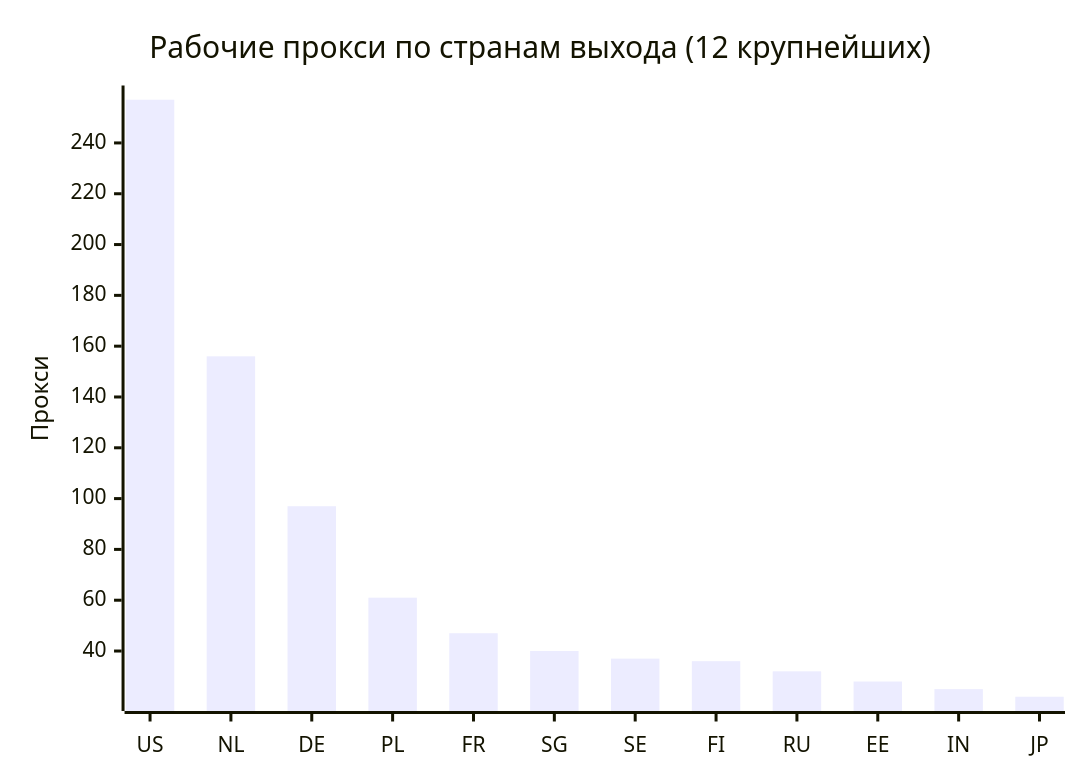
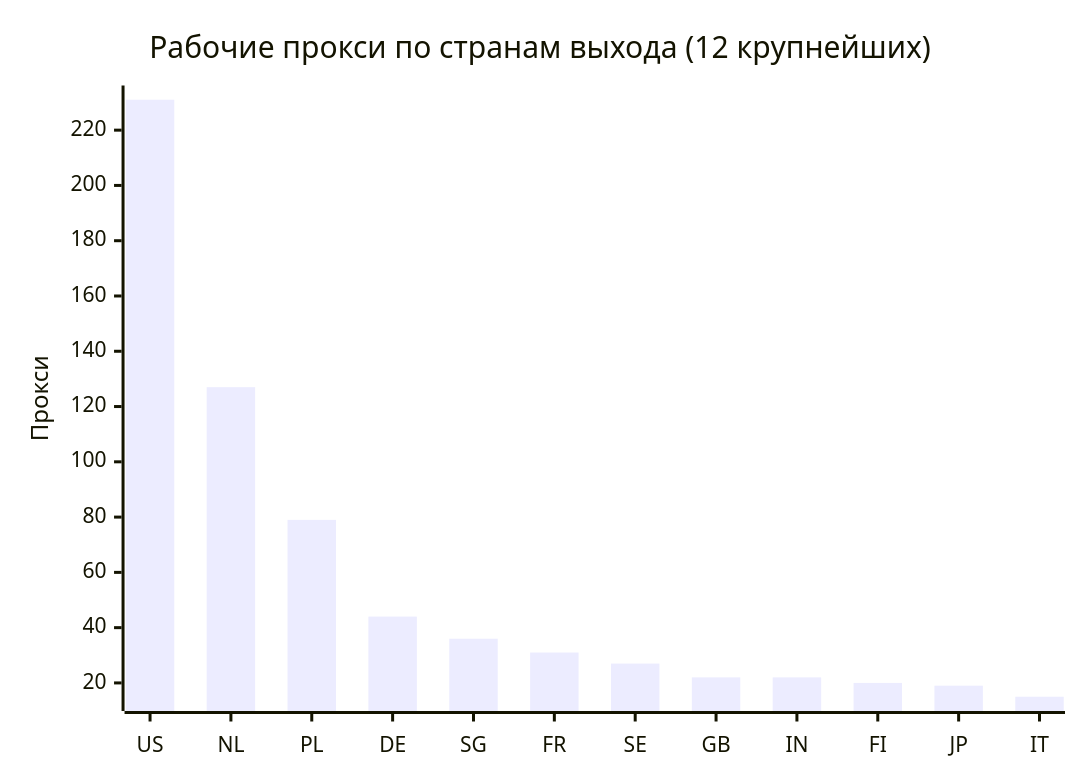
The second of 4 diagrams in README.md (rvvg/proxy-subs), drawn with Mermaid before and after one commit. The commit also changed other lines of this file and 51 other files, not shown here.

````diff
--- a/README.md
+++ b/README.md
@@ -132,7 +127,7 @@
 ```mermaid
 xychart-beta
     title "Рабочие прокси по странам выхода (12 крупнейших)"
-    x-axis ["US", "NL", "DE", "PL", "FR", "SG", "SE", "FI", "RU", "EE", "IN", "JP"]
+    x-axis ["US", "NL", "PL", "DE", "SG", "FR", "SE", "GB", "IN", "FI", "JP", "IT"]
     y-axis "Прокси"
-    bar [257, 156, 97, 61, 47, 40, 37, 36, 32, 28, 25, 22]
+    bar [231, 127, 79, 44, 36, 31, 27, 22, 22, 20, 19, 15]
 ```
````
